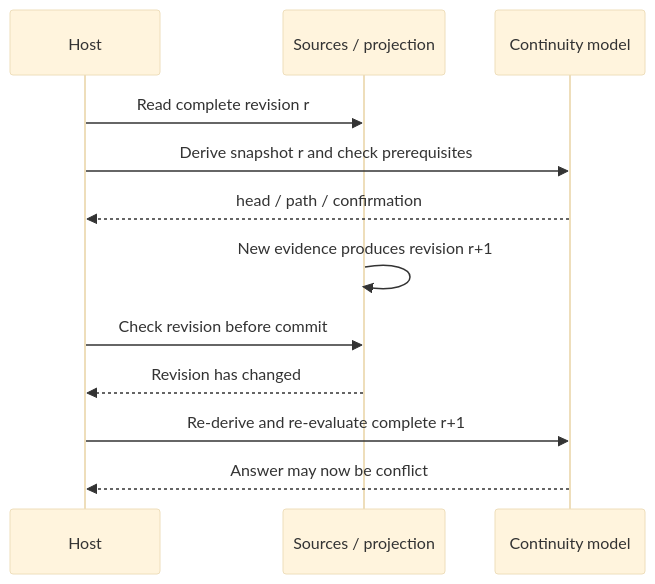
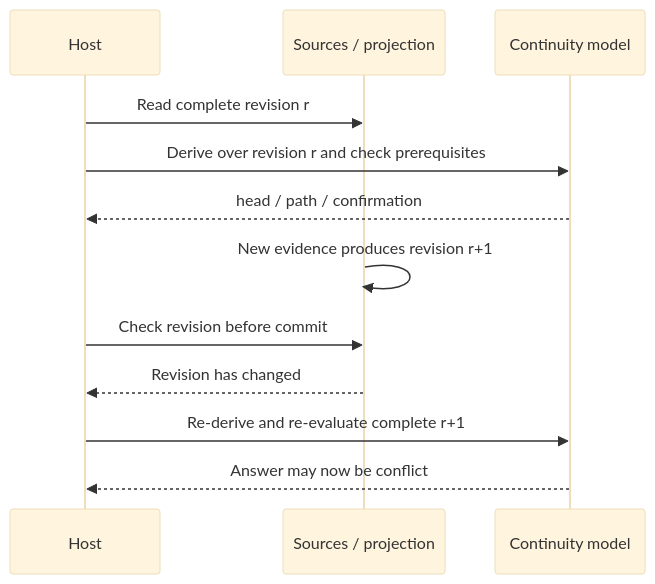
Before and after one commit to estoc-dev/estoc: diagram 18 of 18 in packages/continuity/docs/guide.md, drawn with Mermaid (base theme). The commit also changed other lines of this file and 35 other files, not shown here.

````diff
--- a/packages/continuity/docs/guide.md
+++ b/packages/continuity/docs/guide.md
@@ -576,14 +580,14 @@
 ```mermaid
 sequenceDiagram
     participant H as Host
     participant S as Sources / projection
     participant M as Continuity model
     H->>S: Read complete revision r
-    H->>M: Derive snapshot r and check prerequisites
+    H->>M: Derive over revision r and check prerequisites
     M-->>H: head / path / confirmation
     S->>S: New evidence produces revision r+1
     H->>S: Check revision before commit
     S-->>H: Revision has changed
     H->>M: Re-derive and re-evaluate complete r+1
     M-->>H: Answer may now be conflict
 ```
````
